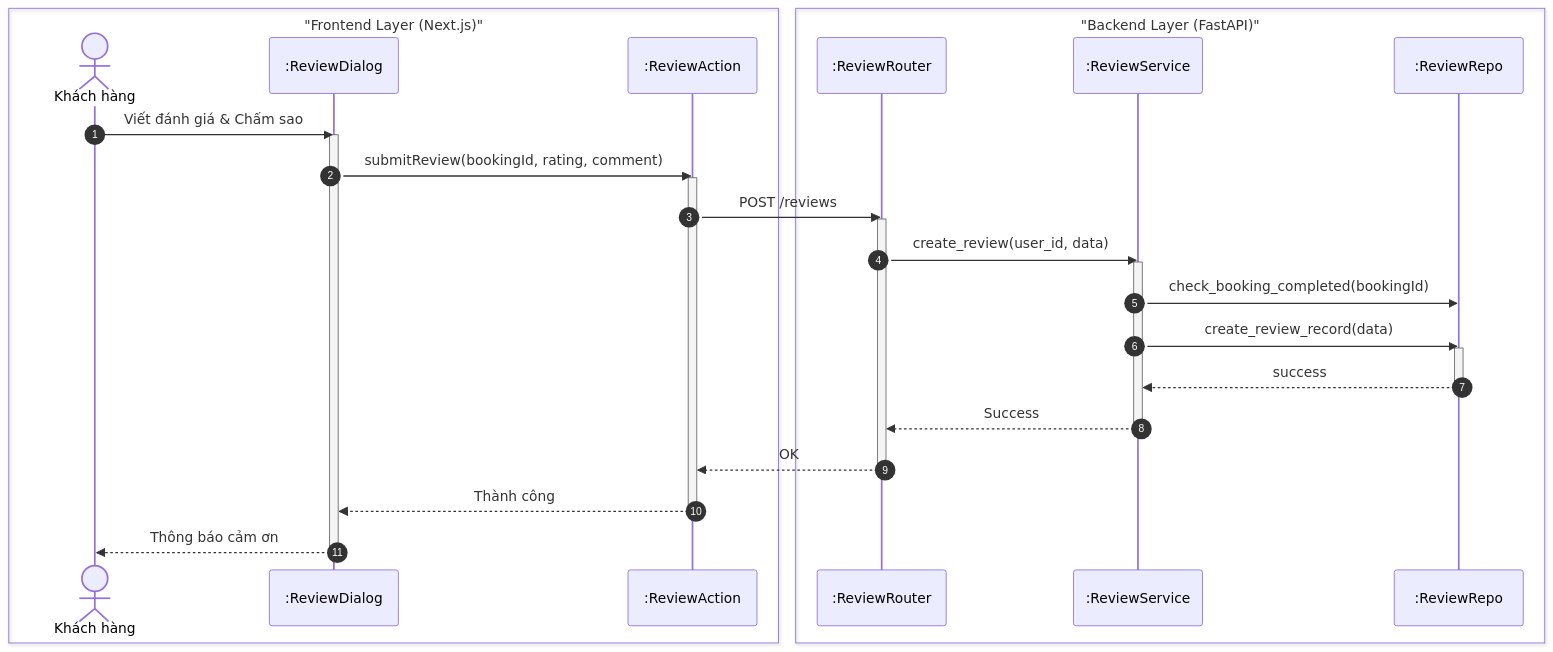
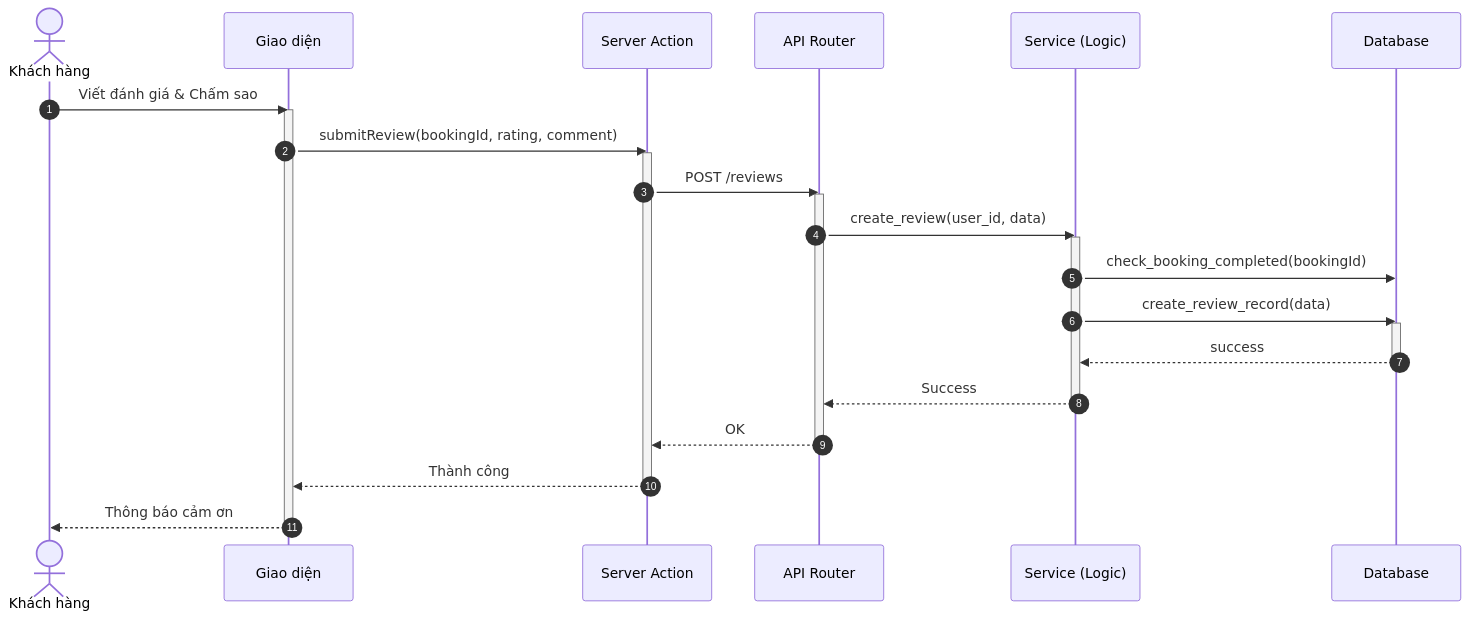
Before and after one commit to ngoctinn/Synapse: the eighth of 8 diagrams in docs/design/sequences/customer_flows.md, drawn with Mermaid. The commit also changed other lines of this file and 4 other files, not shown here.

Commit message:
docs: Add initial sequence diagrams for admin, authentication, customer, receptionist, and technician flows.

````diff
--- a/docs/design/sequences/customer_flows.md
+++ b/docs/design/sequences/customer_flows.md
@@ -381,44 +351,39 @@
 ```mermaid
 sequenceDiagram
     autonumber
-    box "Frontend Layer (Next.js)"
-        actor KH as Khách hàng
-        participant UI as :ReviewDialog
-        participant BFF as :ReviewAction
-    end
-
-    box "Backend Layer (FastAPI)"
-        participant API as :ReviewRouter
-        participant S as :ReviewService
-        participant DB as :ReviewRepo
-    end
+    actor KH as Khách hàng
+    participant UI as Giao diện
+    participant BFF as Server Action
+    participant API as API Router
+    participant S as Service (Logic)
+    participant DB as Database
 
     KH->>UI: Viết đánh giá & Chấm sao
     activate UI
     UI->>BFF: submitReview(bookingId, rating, comment)
     activate BFF
 
     BFF->>API: POST /reviews
     activate API
 
     API->>S: create_review(user_id, data)
     activate S
 
     S->>DB: check_booking_completed(bookingId)
     S->>DB: create_review_record(data)
     activate DB
     DB-->>S: success
     deactivate DB
 
     S-->>API: Success
     deactivate S
 
     API-->>BFF: OK
     deactivate API
 
     BFF-->>UI: Thành công
     deactivate BFF
 
     UI-->>KH: Thông báo cảm ơn
     deactivate UI
 ```
````
